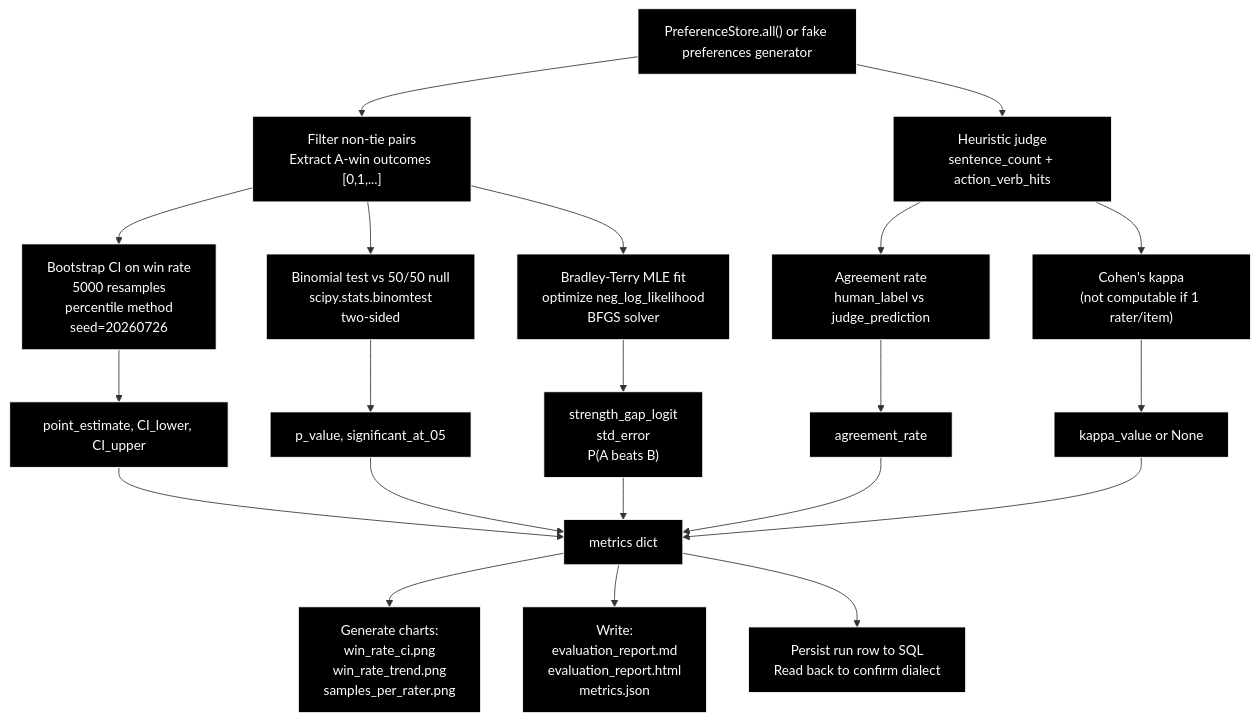
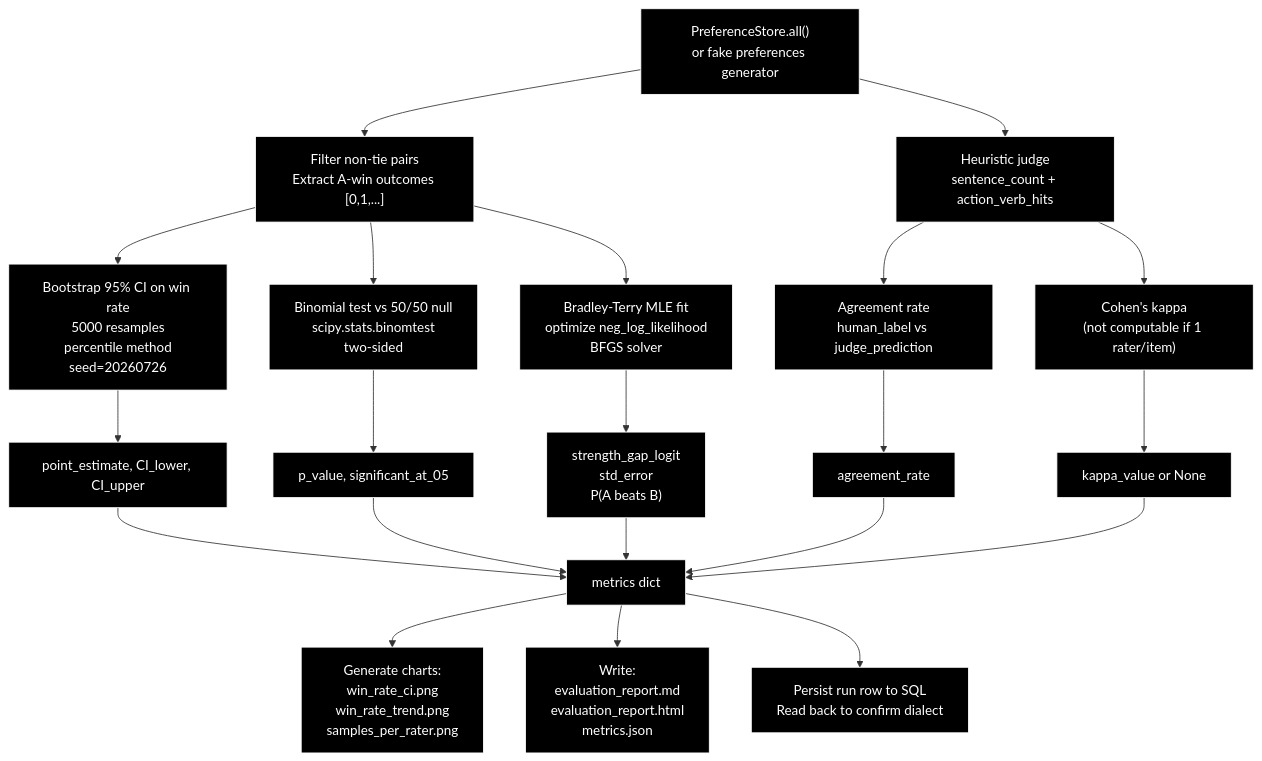
Before and after one commit to Hasan26ozcan/Script-Supervisor: the ninth of 16 diagrams in docs/TECHNICAL_DIAGRAMS.md, drawn with Mermaid. The commit also changed other lines of this file and 15 other files, not shown here.

````diff
--- a/docs/TECHNICAL_DIAGRAMS.md
+++ b/docs/TECHNICAL_DIAGRAMS.md
@@ -422,32 +469,32 @@
 ```mermaid
 flowchart TD
-    RAW_DATA["PreferenceStore.all() or fake preferences generator"] --> PREP["Filter non-tie pairs<br/>Extract A-win outcomes [0,1,...]"]
+    RAW_DATA["PreferenceStore.all()<br/>or fake preferences generator"] --> PREP["Filter non-tie pairs<br/>Extract A-win outcomes [0,1,...]"]
 
-    PREP --> BOOTSTRAP["Bootstrap CI on win rate<br/>5000 resamples<br/>percentile method<br/>seed=20260726"]
+    PREP --> BOOTSTRAP["Bootstrap 95% CI on win rate<br/>5000 resamples<br/>percentile method<br/>seed=20260726"]
     PREP --> BINOMIAL["Binomial test vs 50/50 null<br/>scipy.stats.binomtest<br/>two-sided"]
 
     PREP --> BT_FIT["Bradley-Terry MLE fit<br/>optimize neg_log_likelihood<br/>BFGS solver"]
 
     RAW_DATA --> HEURISTIC["Heuristic judge<br/>sentence_count + action_verb_hits"]
     HEURISTIC --> AGREEMENT["Agreement rate<br/>human_label vs judge_prediction"]
     HEURISTIC --> KAPPA["Cohen's kappa<br/>(not computable if 1 rater/item)"]
 
     BOOTSTRAP --> POINT_CI["point_estimate, CI_lower, CI_upper"]
     BINOMIAL --> PVAL["p_value, significant_at_05"]
     BT_FIT --> STRENGTH["strength_gap_logit<br/>std_error<br/>P(A beats B)"]
 
     AGREEMENT --> ACC["agreement_rate"]
     KAPPA --> KAP["kappa_value or None"]
 
     POINT_CI --> METRICS["metrics dict"]
     PVAL --> METRICS
     STRENGTH --> METRICS
     ACC --> METRICS
     KAP --> METRICS
 
     METRICS --> CHARTS["Generate charts:<br/>win_rate_ci.png<br/>win_rate_trend.png<br/>samples_per_rater.png"]
     METRICS --> REPORTS["Write:<br/>evaluation_report.md<br/>evaluation_report.html<br/>metrics.json"]
     METRICS --> PERSIST["Persist run row to SQL<br/>Read back to confirm dialect"]
 
     classDef default fill:#000000,stroke:#ffffff,stroke-width:1px,color:#ffffff
 ```
````
